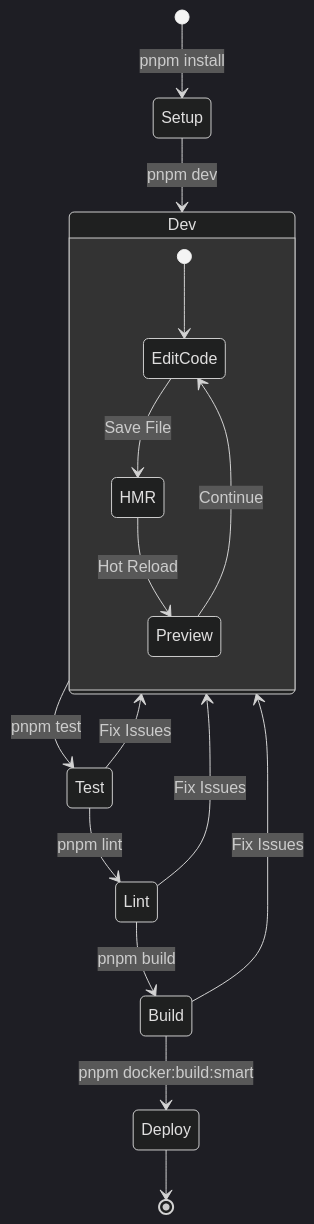
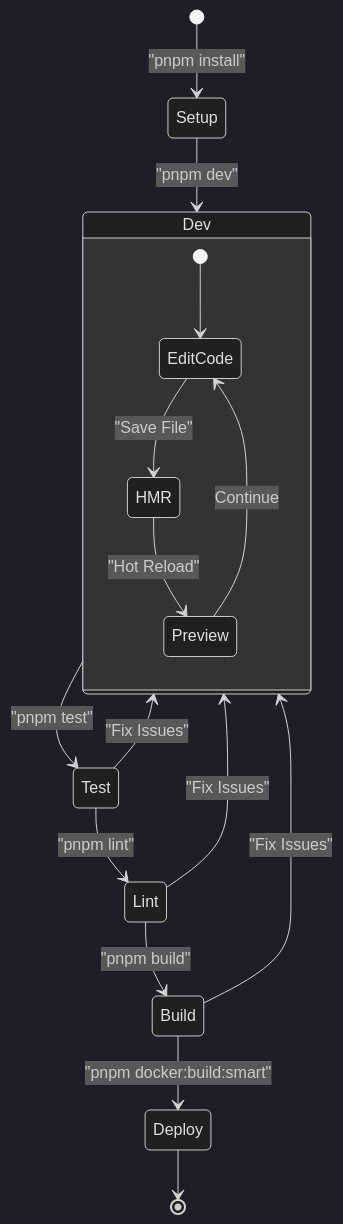
Before and after one commit to tian972k/micro-fontend-base: the fourth of 5 diagrams in README.md, drawn with Mermaid (dark theme). The commit also changed 1 other file, not shown here.

Commit message:
fix: wrap Mermaid state diagram labels in quotes to fix parse error

````diff
--- a/README.md
+++ b/README.md
@@ -220,22 +220,22 @@
 ```mermaid
 stateDiagram-v2
-    [*] --> Setup: pnpm install
-    Setup --> Dev: pnpm dev
+    [*] --> Setup: "pnpm install"
+    Setup --> Dev: "pnpm dev"
 
     state Dev {
         [*] --> EditCode
-        EditCode --> HMR: Save File
-        HMR --> Preview: Hot Reload
+        EditCode --> HMR: "Save File"
+        HMR --> Preview: "Hot Reload"
         Preview --> EditCode: Continue
     }
 
-    Dev --> Test: pnpm test
-    Test --> Lint: pnpm lint
-    Lint --> Build: pnpm build
-    Build --> Deploy: pnpm docker:build:smart
+    Dev --> Test: "pnpm test"
+    Test --> Lint: "pnpm lint"
+    Lint --> Build: "pnpm build"
+    Build --> Deploy: "pnpm docker:build:smart"
     Deploy --> [*]
 
-    Test --> Dev: Fix Issues
-    Lint --> Dev: Fix Issues
-    Build --> Dev: Fix Issues
+    Test --> Dev: "Fix Issues"
+    Lint --> Dev: "Fix Issues"
+    Build --> Dev: "Fix Issues"
 ```
````
